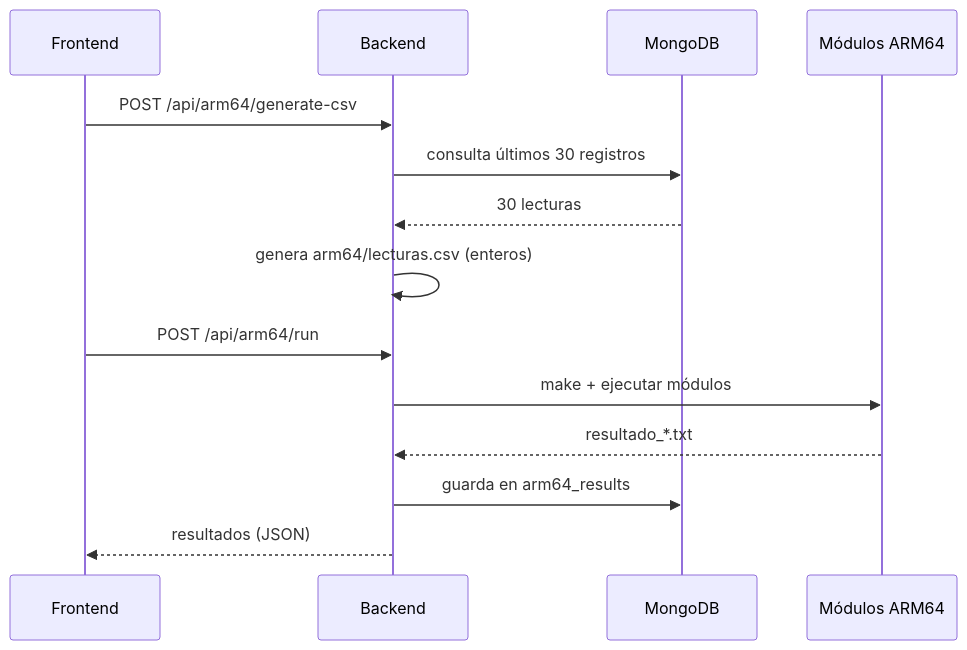
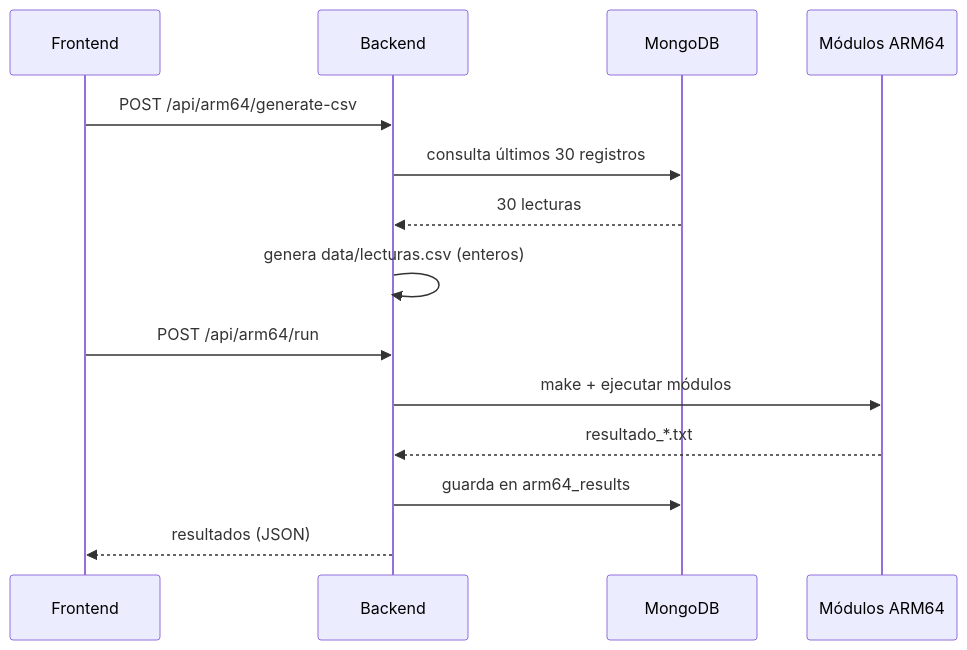
Before and after one commit to ricardious/ARQUI1V1S_G15: the second of 2 diagrams in server/README.md, drawn with Mermaid. The commit also changed other lines of this file and 2 other files, not shown here.

Commit message:
fix(server): generar csv arm64 en data

````diff
--- a/server/README.md
+++ b/server/README.md
@@ -149,17 +149,17 @@
 ```mermaid
 sequenceDiagram
     participant FE as Frontend
     participant BE as Backend
     participant DB as MongoDB
     participant A as Módulos ARM64
 
     FE->>BE: POST /api/arm64/generate-csv
     BE->>DB: consulta últimos 30 registros
     DB-->>BE: 30 lecturas
-    BE->>BE: genera arm64/lecturas.csv (enteros)
+    BE->>BE: genera data/lecturas.csv (enteros)
     FE->>BE: POST /api/arm64/run
     BE->>A: make + ejecutar módulos
     A-->>BE: resultado_*.txt
     BE->>DB: guarda en arm64_results
     BE-->>FE: resultados (JSON)
 ```
````
